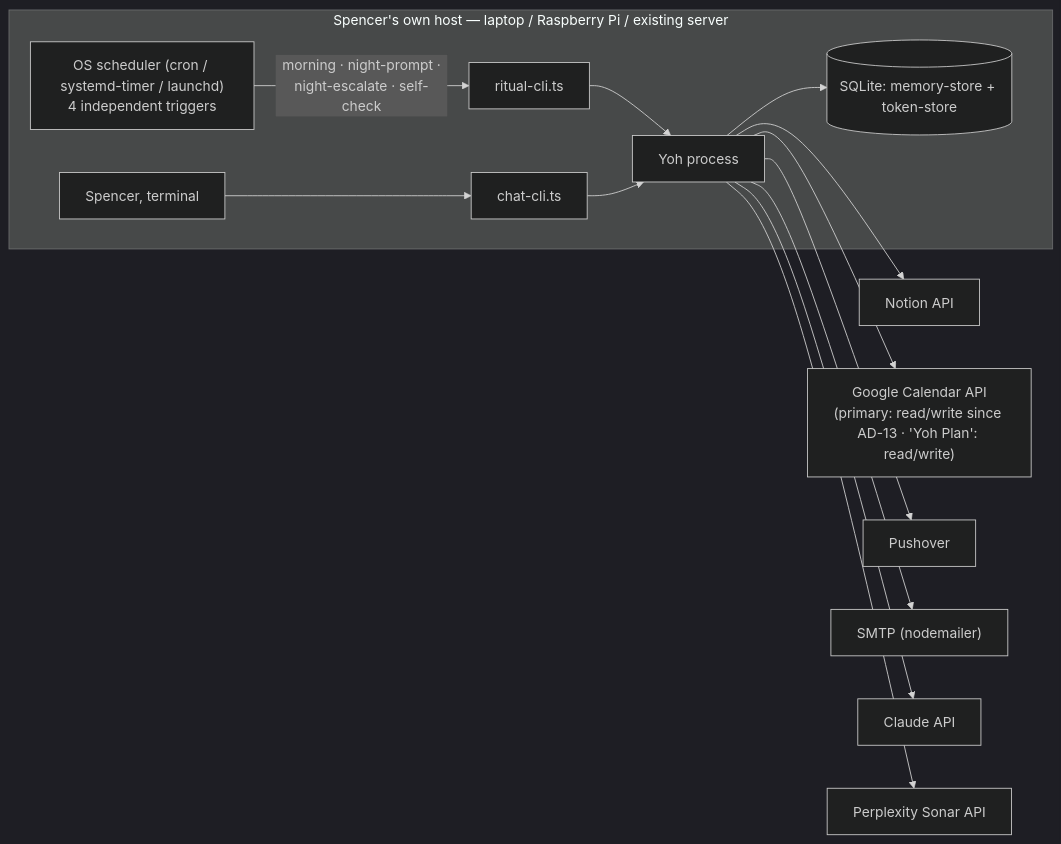
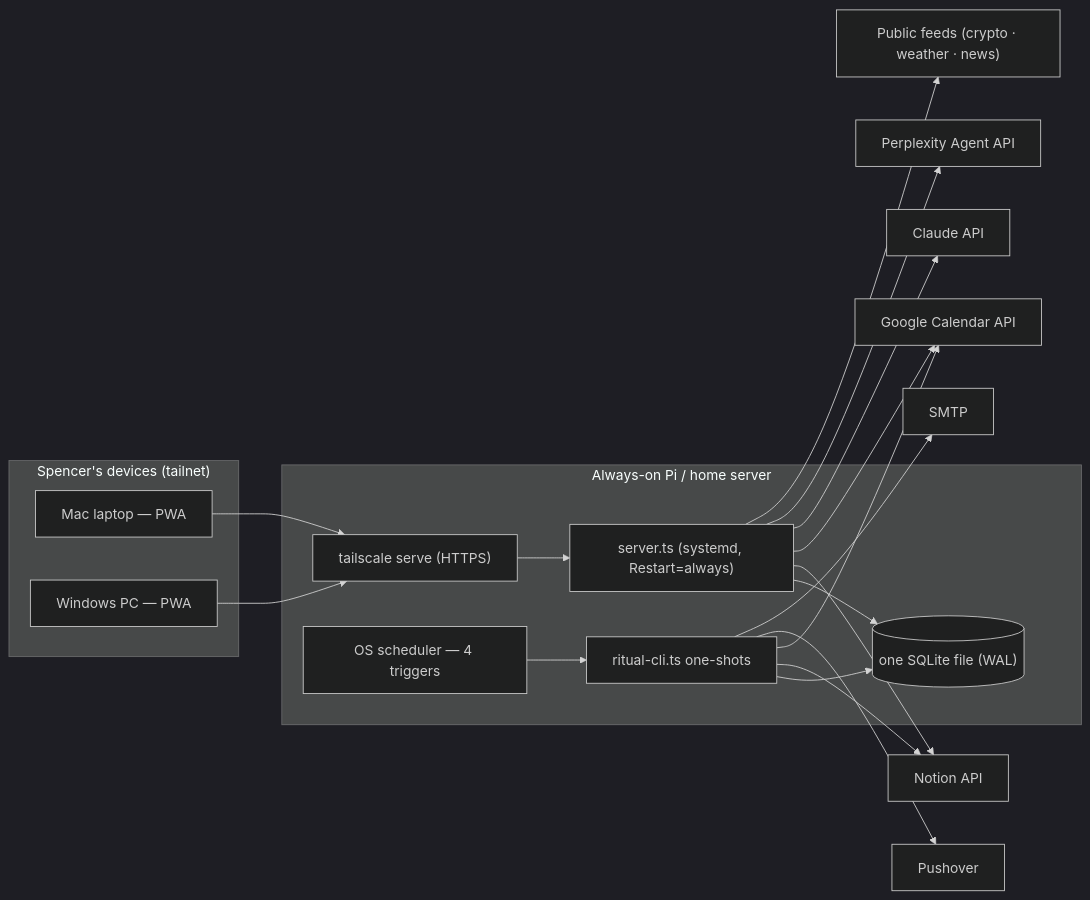
One commit to Speezy88/YohV1 changed the third of 3 diagrams in _bmad-output/planning-artifacts/architecture/architecture-YohV1-2026-08-22/ARCHITECTURE-SPINE.md. Above: the diagram before and after it, drawn with Mermaid (dark theme). The commit also changed other lines of this file and 7 other files, not shown here.

First line of the commit message:
chore: Phase 2 architecture spine, Epics 7-12, and sprint planning

````diff
--- a/_bmad-output/planning-artifacts/architecture/architecture-YohV1-2026-08-22/ARCHITECTURE-SPINE.md
+++ b/_bmad-output/planning-artifacts/architecture/architecture-YohV1-2026-08-22/ARCHITECTURE-SPINE.md
@@ -242,16 +383,24 @@
 ```mermaid
 graph LR
-    subgraph Host["Spencer's own host — laptop / Raspberry Pi / existing server"]
-        cron["OS scheduler (cron / systemd-timer / launchd)\n4 independent triggers"] -->|"morning · night-prompt ·\nnight-escalate · self-check"| ritualcli["ritual-cli.ts"]
-        spencer["Spencer, terminal"] --> chatcli["chat-cli.ts"]
-        ritualcli --> app["Yoh process"]
-        chatcli --> app
-        app --> db[("SQLite: memory-store + token-store")]
+    subgraph Devices["Spencer's devices (tailnet)"]
+        mac["Mac laptop — PWA"]
+        win["Windows PC — PWA"]
     end
-    app --> notion["Notion API"]
-    app --> gcal["Google Calendar API\n(primary: read/write since AD-13 · 'Yoh Plan': read/write)"]
-    app --> pushover["Pushover"]
-    app --> smtp["SMTP (nodemailer)"]
-    app --> claude["Claude API"]
-    app --> perplexity["Perplexity Sonar API"]
+    subgraph Host["Always-on Pi / home server"]
+        ts["tailscale serve (HTTPS)"] --> server["server.ts (systemd, Restart=always)"]
+        cron["OS scheduler — 4 triggers"] --> ritualcli["ritual-cli.ts one-shots"]
+        server --> db[("one SQLite file (WAL)")]
+        ritualcli --> db
+    end
+    mac --> ts
+    win --> ts
+    server --> notion["Notion API"]
+    server --> gcal["Google Calendar API"]
+    server --> claude["Claude API"]
+    server --> perplexity["Perplexity Agent API"]
+    server --> feeds["Public feeds (crypto · weather · news)"]
+    ritualcli --> notion
+    ritualcli --> gcal
+    ritualcli --> pushover["Pushover"]
+    ritualcli --> smtp["SMTP"]
 ```
````
